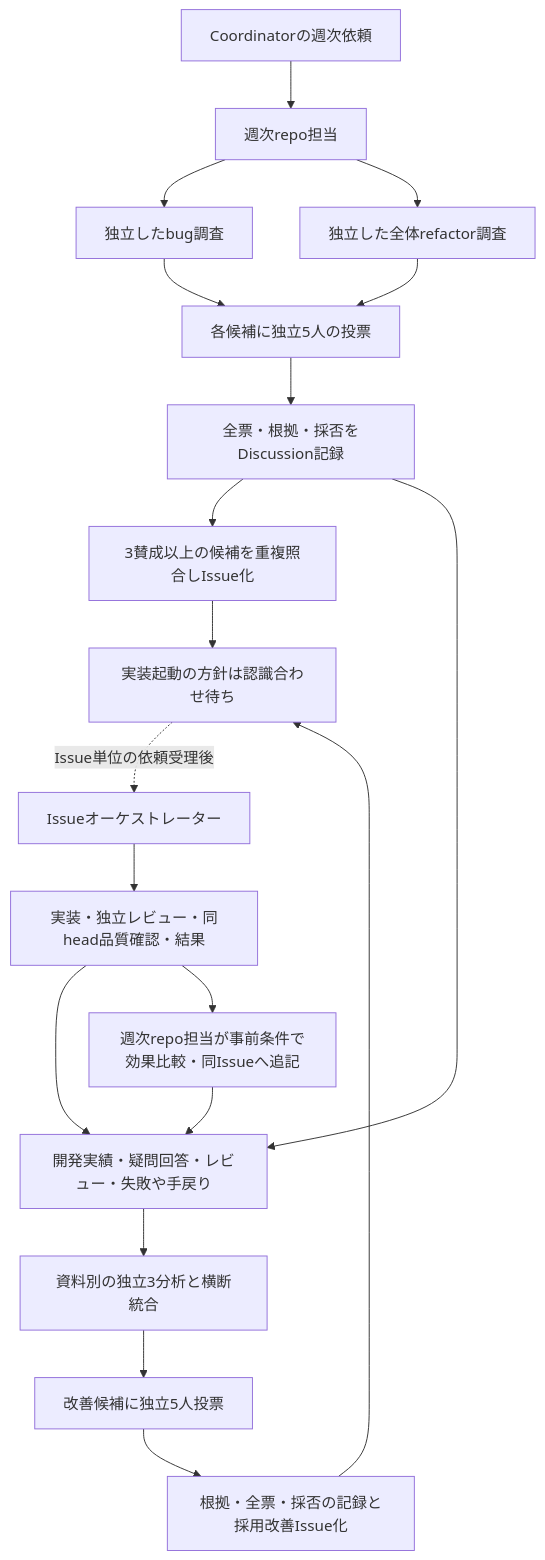
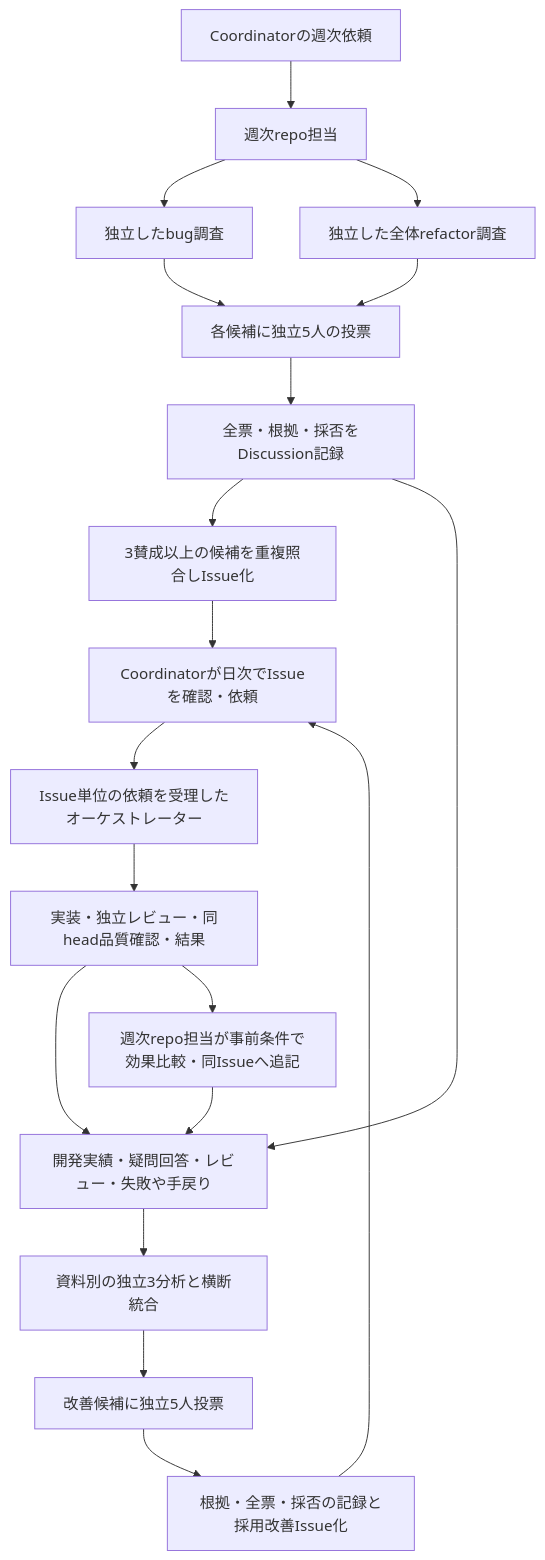
The diagram in docs/design/development-and-improvement-to-be.md (tanakalucky/ai-dev-config), drawn with Mermaid before and after one commit. The commit also changed other lines of this file and 38 other files, not shown here.

````diff
--- a/docs/design/development-and-improvement-to-be.md
+++ b/docs/design/development-and-improvement-to-be.md
@@ -66,21 +65,21 @@
 ```mermaid
 flowchart TD
   C[Coordinatorの週次依頼] --> W[週次repo担当]
   W --> B[独立したbug調査]
   W --> R[独立した全体refactor調査]
   B --> V[各候補に独立5人の投票]
   R --> V
   V --> D[全票・根拠・採否をDiscussion記録]
   D --> I[3賛成以上の候補を重複照合しIssue化]
-  I --> P[実装起動の方針は認識合わせ待ち]
-  P -. Issue単位の依頼受理後 .-> O[Issueオーケストレーター]
+  I --> P[Coordinatorが日次でIssueを確認・依頼]
+  P --> O[Issue単位の依頼を受理したオーケストレーター]
   O --> E[実装・独立レビュー・同head品質確認・結果]
   E --> H[開発実績・疑問回答・レビュー・失敗や手戻り]
   D --> H
   H --> A[資料別の独立3分析と横断統合]
   A --> Q[改善候補に独立5人投票]
   Q --> J[根拠・全票・採否の記録と採用改善Issue化]
   J --> P
   E --> M[週次repo担当が事前条件で効果比較・同Issueへ追記]
   M --> H
 ```
````
